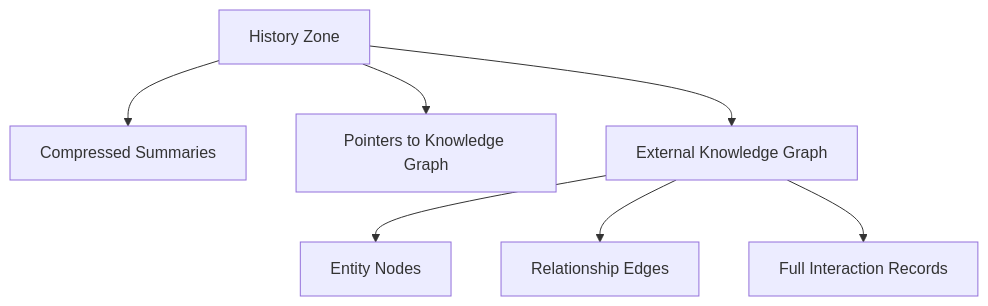
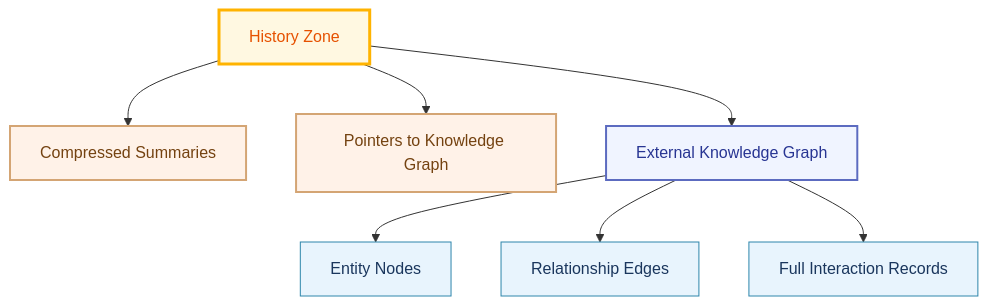
Diagram 13 of 17 in reference/technical-articles/2025-06-29-context-management-llm-agents.md (raphaelmansuy/digital_palace), drawn with Mermaid before and after one commit. The commit also changed other lines of this file, not shown here.

Commit message:
feat: enhance flowchart styles for improved visual clarity and consistency

````diff
--- a/reference/technical-articles/2025-06-29-context-management-llm-agents.md
+++ b/reference/technical-articles/2025-06-29-context-management-llm-agents.md
@@ -446,10 +509,18 @@
 ```mermaid
 graph TD
     D[History Zone] --> D1[Compressed Summaries]
     D --> D2[Pointers to Knowledge Graph]
 
     D --> E[External Knowledge Graph]
     E --> E1[Entity Nodes]
     E --> E2[Relationship Edges]
     E --> E3[Full Interaction Records]
+    
+    style D fill:#FFF8E1,stroke:#FFB300,stroke-width:3px,color:#E65100
+    style D1 fill:#FFF2E8,stroke:#D4A574,stroke-width:2px,color:#744210
+    style D2 fill:#FFF2E8,stroke:#D4A574,stroke-width:2px,color:#744210
+    style E fill:#F0F4FF,stroke:#5C6BC0,stroke-width:2px,color:#283593
+    style E1 fill:#E8F4FD,stroke:#2E86AB,stroke-width:1px,color:#1A365D
+    style E2 fill:#E8F4FD,stroke:#2E86AB,stroke-width:1px,color:#1A365D
+    style E3 fill:#E8F4FD,stroke:#2E86AB,stroke-width:1px,color:#1A365D
 ```
````
